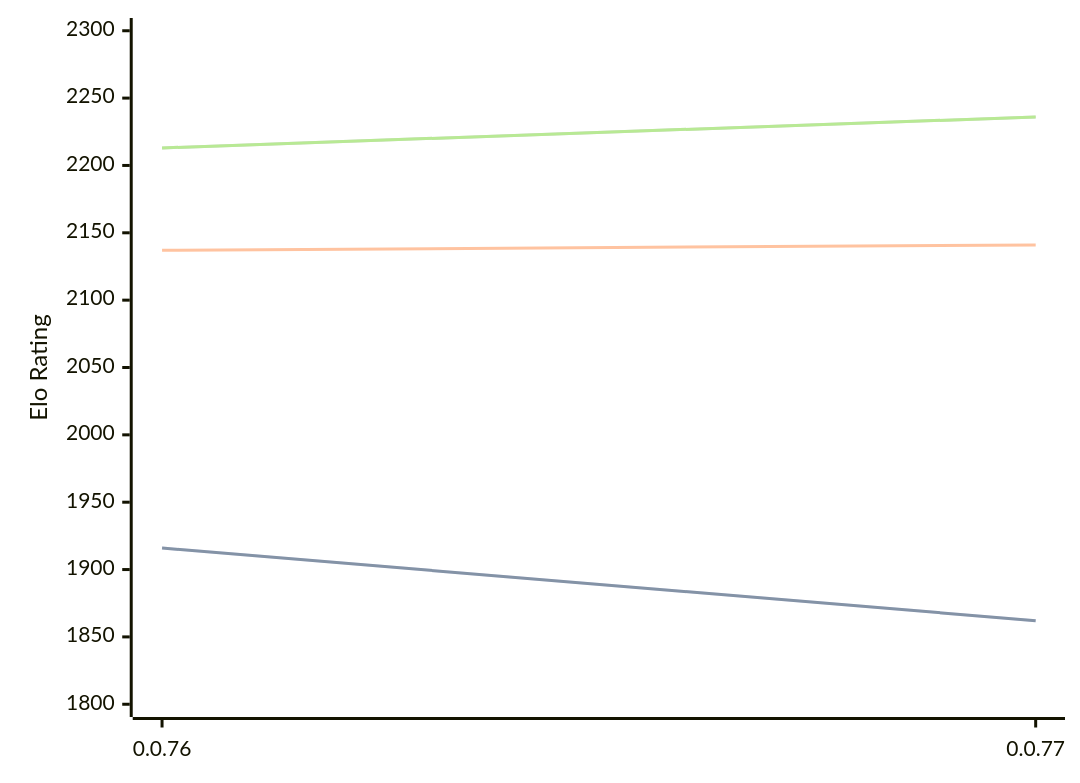
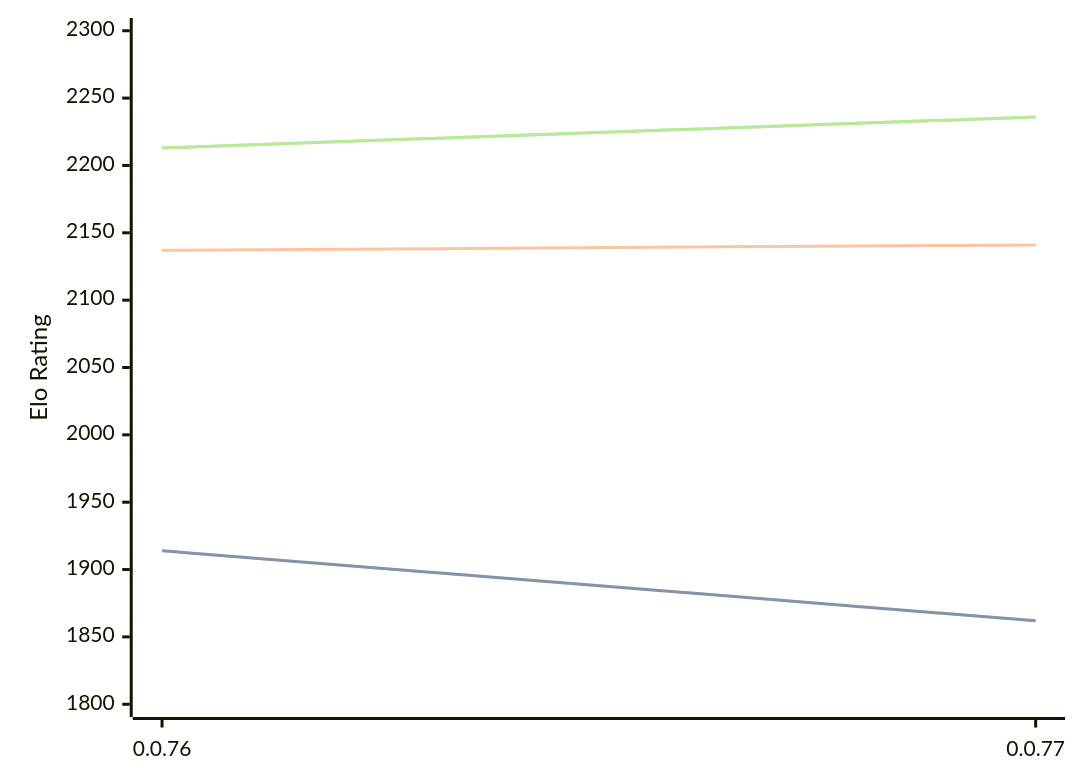
The diagram in engines/Fktb.md (computer-chess-index/cci), drawn with Mermaid before and after one commit. The commit also changed other lines of this file, not shown here.

````diff
--- a/engines/Fktb.md
+++ b/engines/Fktb.md
@@ -32,11 +32,11 @@
 ```mermaid
 %%{init: {"theme":"base","themeVariables":{"seriesColors:['#a3a3a3','#222221','#faa371']}}}%%
 xychart-beta
   x-axis ["0.0.76", "0.0.77"]
   y-axis "Elo Rating" 1800 --> 2300
-  line "" [1916, 1862]
-  line "STC (8.0+0.08s)" [1916, 1862]
+  line "" [1914, 1862]
+  line "STC (8.0+0.08s)" [1914, 1862]
   line "LTC (60.0+0.60s)" [2137, 2141]
   line "" [2213, 2236]
   line "VLTC (2m24s+1.12s)" [2213, 2236]
 ```
````
